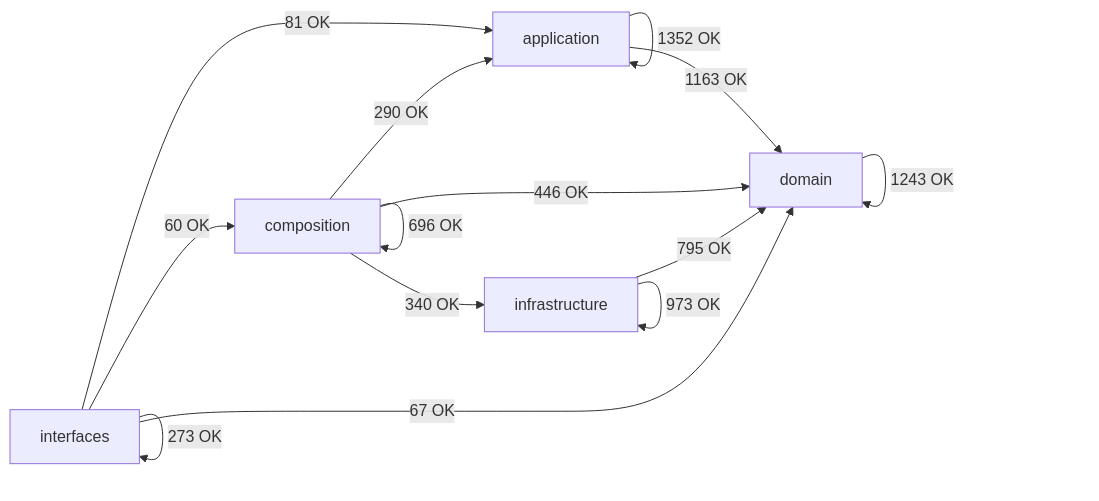
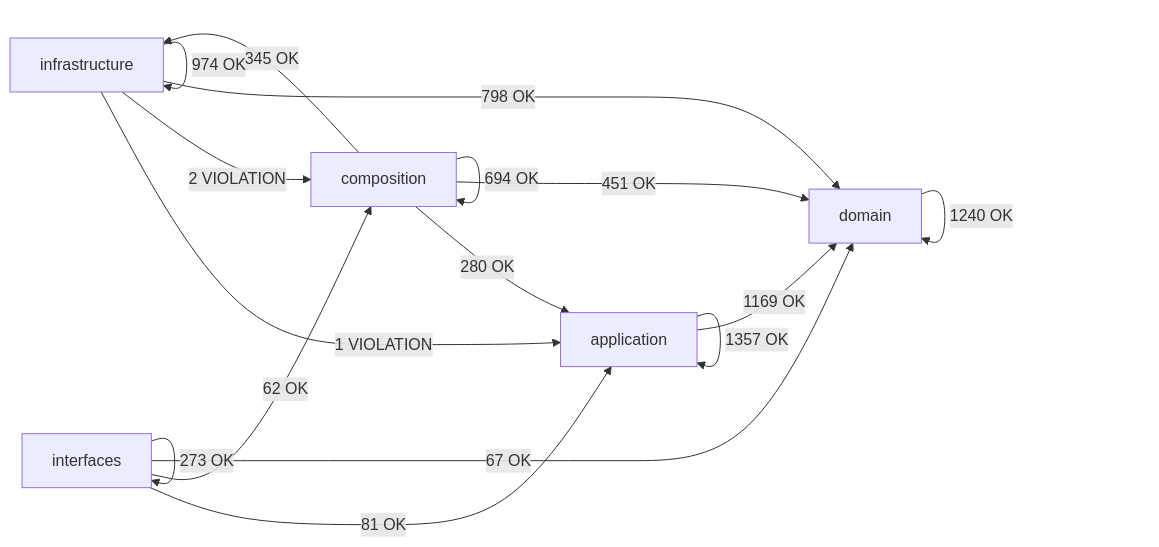
The diagram in docs/02-architecture/generated/module-dependency-map.md (SatoryKono/BioactivityDataAcquisition), drawn with Mermaid before and after one commit. The commit also changed other lines of this file and 59 other files, not shown here.

````diff
--- a/docs/02-architecture/generated/module-dependency-map.md
+++ b/docs/02-architecture/generated/module-dependency-map.md
@@ -17,21 +17,23 @@
 ```mermaid
 flowchart LR
     domain[domain]
     application[application]
     infrastructure[infrastructure]
     composition[composition]
     interfaces[interfaces]
-    application -->|1352 OK| application
-    application -->|1163 OK| domain
-    composition -->|290 OK| application
-    composition -->|696 OK| composition
-    composition -->|446 OK| domain
-    composition -->|340 OK| infrastructure
-    domain -->|1243 OK| domain
-    infrastructure -->|795 OK| domain
-    infrastructure -->|973 OK| infrastructure
+    application -->|1357 OK| application
+    application -->|1169 OK| domain
+    composition -->|280 OK| application
+    composition -->|694 OK| composition
+    composition -->|451 OK| domain
+    composition -->|345 OK| infrastructure
+    domain -->|1240 OK| domain
+    infrastructure -->|1 VIOLATION| application
+    infrastructure -->|2 VIOLATION| composition
+    infrastructure -->|798 OK| domain
+    infrastructure -->|974 OK| infrastructure
     interfaces -->|81 OK| application
-    interfaces -->|60 OK| composition
+    interfaces -->|62 OK| composition
     interfaces -->|67 OK| domain
     interfaces -->|273 OK| interfaces
 ```
````
